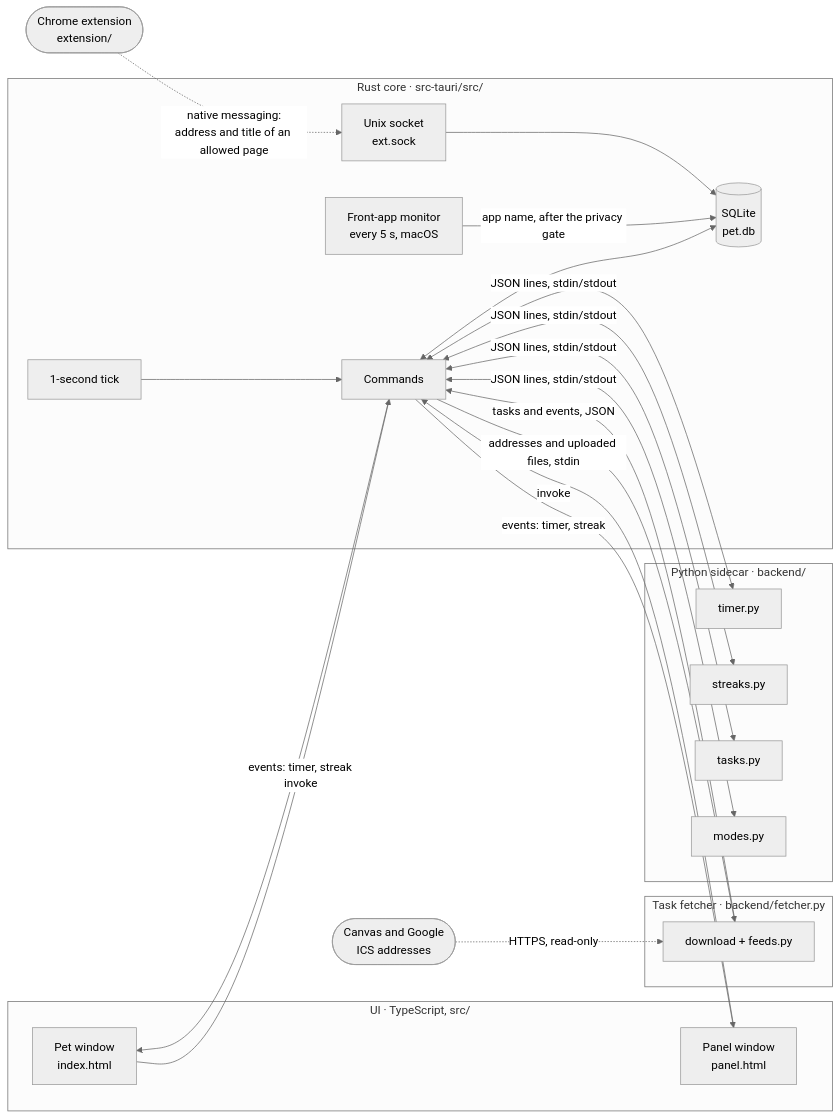
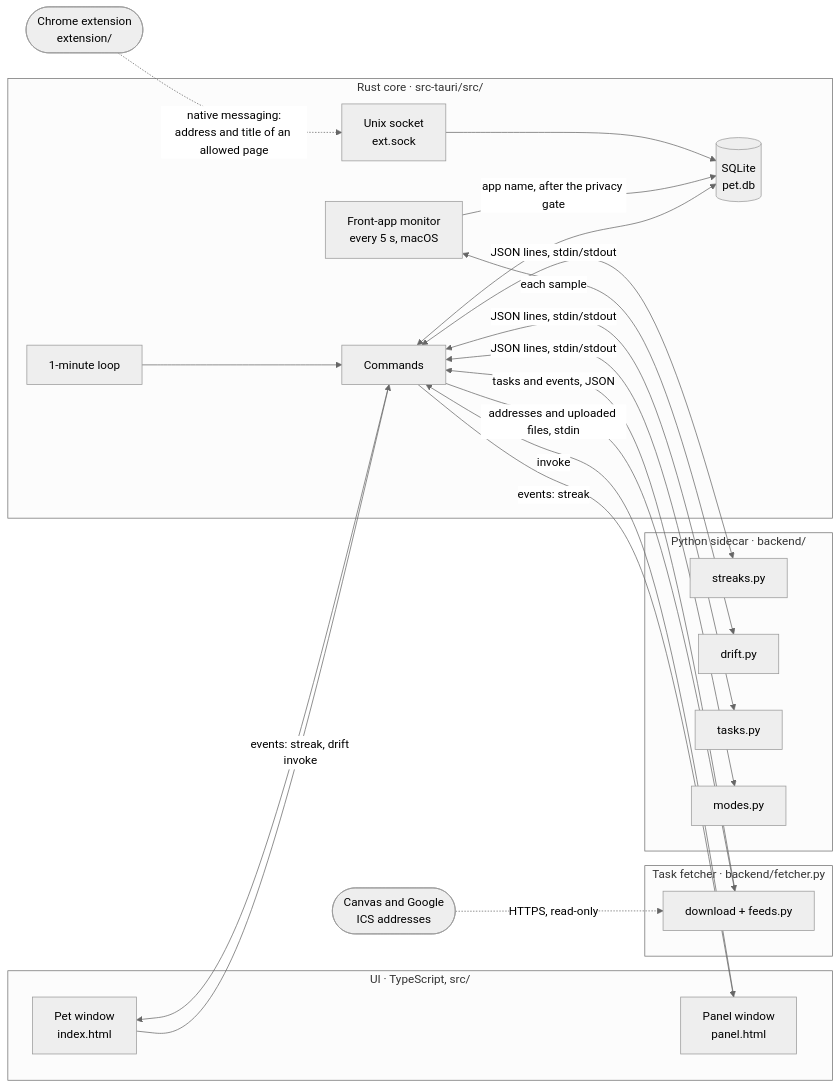
Before and after one commit to victornguyen7/Study-Pet: the first of 4 diagrams in docs/ARCHITECTURE.md, drawn with Mermaid (neutral theme). The commit also changed other lines of this file and 7 other files, not shown here.

````diff
--- a/docs/ARCHITECTURE.md
+++ b/docs/ARCHITECTURE.md
@@ -11,41 +11,41 @@
 ```mermaid
 flowchart LR
     subgraph UI["UI · TypeScript, src/"]
         PET["Pet window<br/>index.html"]
         PANEL["Panel window<br/>panel.html"]
     end
     subgraph CORE["Rust core · src-tauri/src/"]
         CMD["Commands"]
-        TICK["1-second tick"]
+        TICK["1-minute loop"]
         MON["Front-app monitor<br/>every 5 s, macOS"]
         SOCK["Unix socket<br/>ext.sock"]
         DB[("SQLite<br/>pet.db")]
     end
     subgraph PY["Python sidecar · backend/"]
-        TIMER["timer.py"]
         STREAK["streaks.py"]
+        DRIFT["drift.py"]
         TASKS["tasks.py"]
         MODES["modes.py"]
     end
     subgraph NET["Task fetcher · backend/fetcher.py"]
         FETCH["download + feeds.py"]
     end
     ICS(["Canvas and Google<br/>ICS addresses"])
     EXT(["Chrome extension<br/>extension/"])
     PET -->|invoke| CMD
     PANEL -->|invoke| CMD
-    CMD -->|"events: timer, streak"| PET
-    CMD -->|"events: timer, streak"| PANEL
+    CMD -->|"events: streak, drift"| PET
+    CMD -->|"events: streak"| PANEL
     CMD <--> DB
     TICK --> CMD
-    CMD <-->|"JSON lines, stdin/stdout"| TIMER
     CMD <-->|"JSON lines, stdin/stdout"| STREAK
     CMD <-->|"JSON lines, stdin/stdout"| TASKS
     CMD <-->|"JSON lines, stdin/stdout"| MODES
+    MON <-->|"each sample"| DRIFT
     MON -->|"app name, after the privacy gate"| DB
     EXT -.->|"native messaging:<br/>address and title of an allowed page"| SOCK
     SOCK --> DB
     CMD -->|"addresses and uploaded files, stdin"| FETCH
     FETCH -->|"tasks and events, JSON"| CMD
     ICS -.->|"HTTPS, read-only"| FETCH
 ```
````
